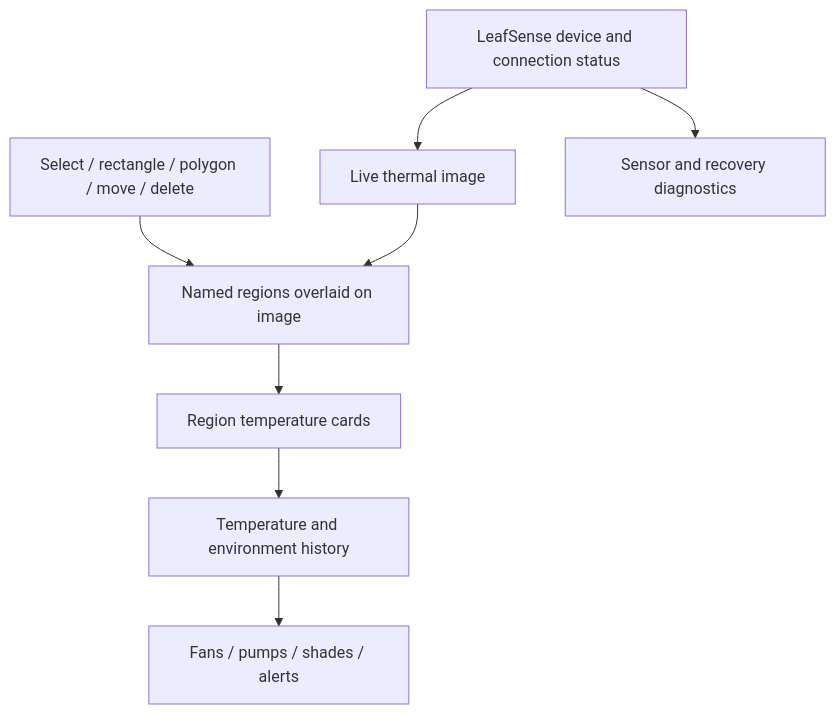
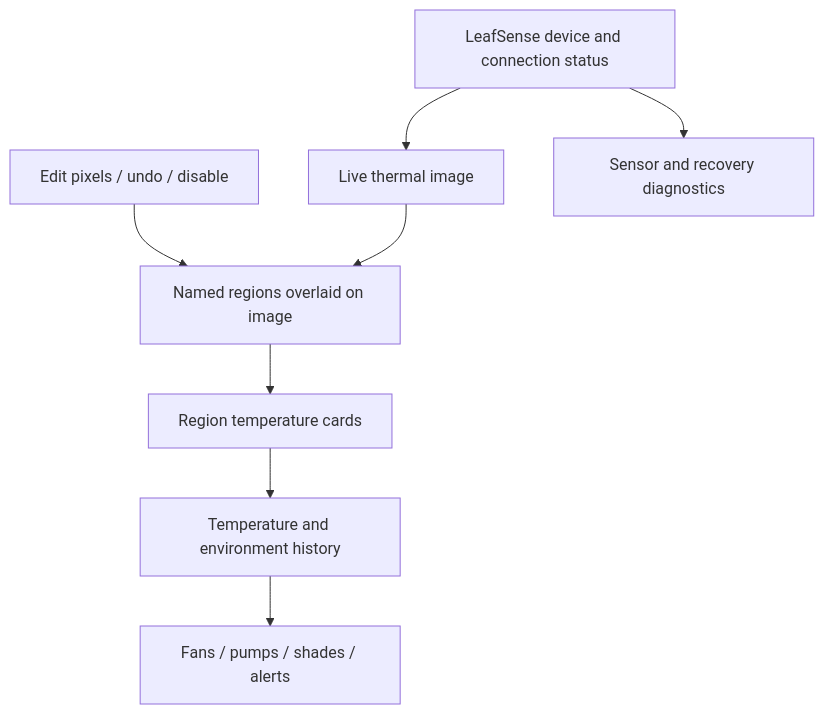
One commit to FishKepping/LeafSense changed the first of 3 diagrams in docs/Home_Assistant_Vision.md. Above: the diagram before and after it, drawn with Mermaid. The commit also changed other lines of this file and 21 other files, not shown here.

````diff
--- a/docs/Home_Assistant_Vision.md
+++ b/docs/Home_Assistant_Vision.md
@@ -23,19 +23,19 @@
 ```mermaid
 flowchart TB
     Header["LeafSense device and connection status"]
     Image["Live thermal image"]
-    Tools["Select / rectangle / polygon / move / delete"]
+    Tools["Edit pixels / undo / disable"]
     Regions["Named regions overlaid on image"]
     Cards["Region temperature cards"]
     Trends["Temperature and environment history"]
     Controls["Fans / pumps / shades / alerts"]
     Diagnostics["Sensor and recovery diagnostics"]
 
     Header --> Image
     Tools --> Regions
     Image --> Regions
     Regions --> Cards
     Cards --> Trends
     Trends --> Controls
     Header --> Diagnostics
 ```
````
